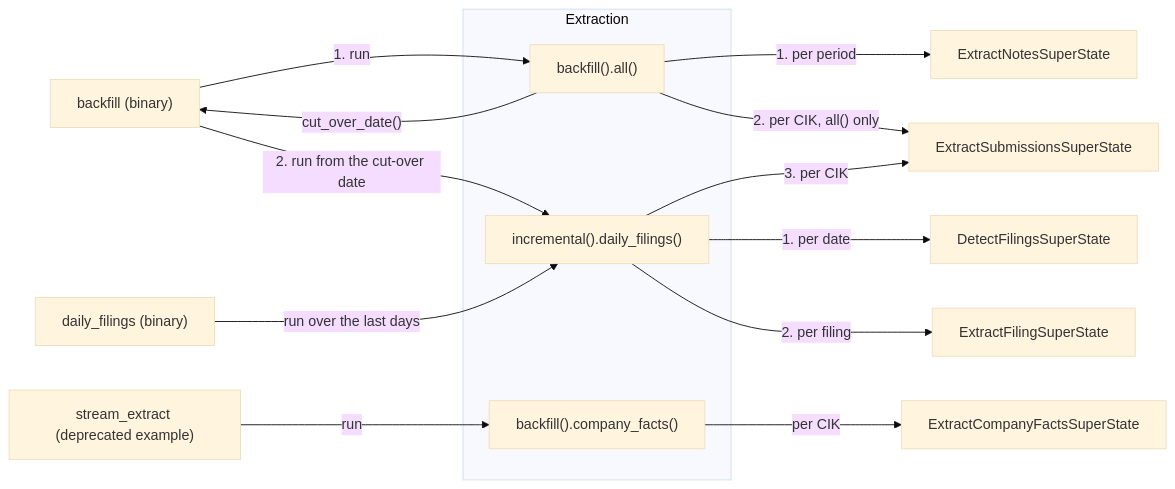
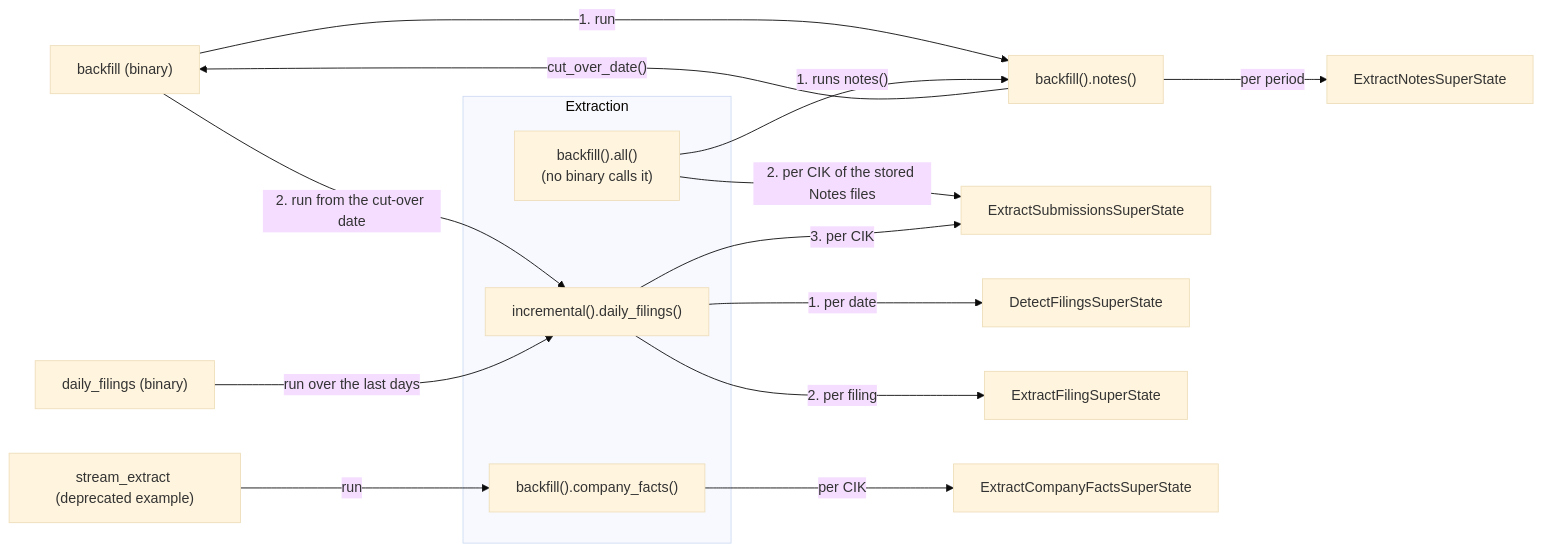
One commit to ironcapitaleu/arkad changed the second of 2 diagrams in sec/design/pipeline/ingestion_paths.md. Above: the diagram before and after it, drawn with Mermaid (base theme). The commit also changed other lines of this file and 5 other files, not shown here.

First line of the commit message:
revert(sec): keep the backfill binary on notes() and the catch-up

````diff
--- a/sec/design/pipeline/ingestion_paths.md
+++ b/sec/design/pipeline/ingestion_paths.md
@@ -328,22 +330,24 @@
 ```mermaid
 flowchart LR
     BF["backfill (binary)"]
     DF["daily_filings (binary)"]
     EX["stream_extract (deprecated example)"]
     subgraph facade["Extraction"]
-        ALL["backfill().all()"]
+        ALL["backfill().all()<br/>(no binary calls it)"]
         DFS["incremental().daily_filings()"]
         CF["backfill().company_facts()"]
     end
-    BF -->|"1. run"| ALL
-    ALL -->|"cut_over_date()"| BF
+    NOTES["backfill().notes()"]
+    BF -->|"1. run"| NOTES
+    NOTES -->|"cut_over_date()"| BF
     BF -->|"2. run from the cut-over date"| DFS
     DF -->|"run over the last days"| DFS
     EX -->|run| CF
-    ALL -->|"1. per period"| ENS[ExtractNotesSuperState]
-    ALL -->|"2. per CIK, all() only"| ESS[ExtractSubmissionsSuperState]
+    ALL -->|"1. runs notes()"| NOTES
+    NOTES -->|per period| ENS[ExtractNotesSuperState]
+    ALL -->|"2. per CIK of the stored Notes files"| ESS[ExtractSubmissionsSuperState]
     DFS -->|"1. per date"| DET[DetectFilingsSuperState]
     DFS -->|"2. per filing"| EFS[ExtractFilingSuperState]
     DFS -->|"3. per CIK"| ESS
     CF -->|per CIK| ECS[ExtractCompanyFactsSuperState]
 ```
````
